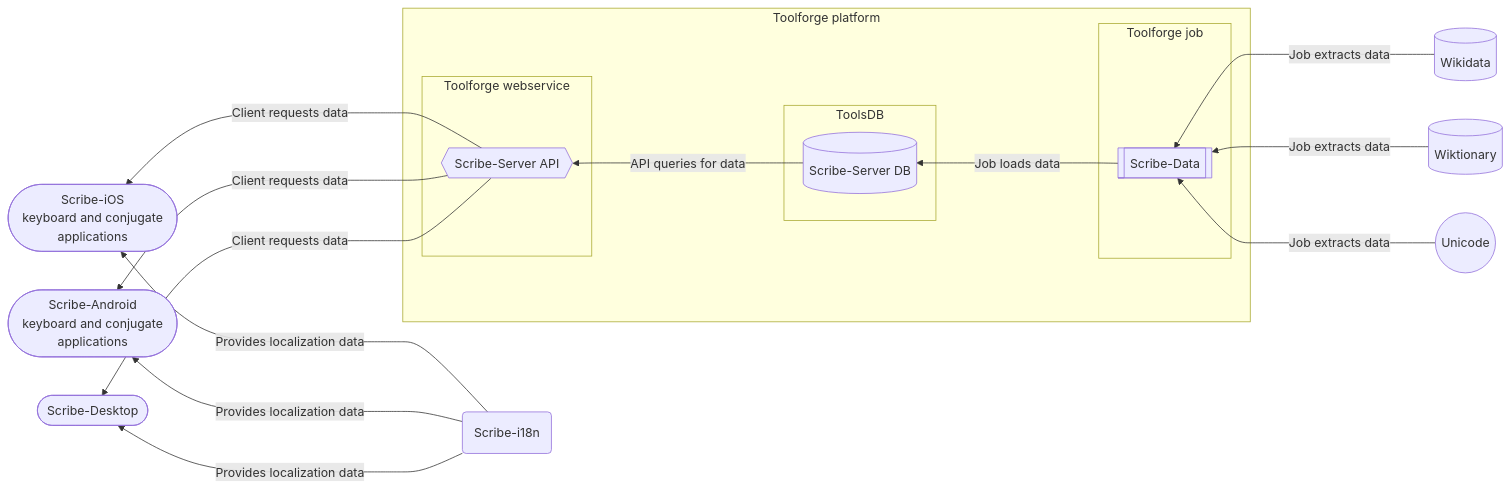
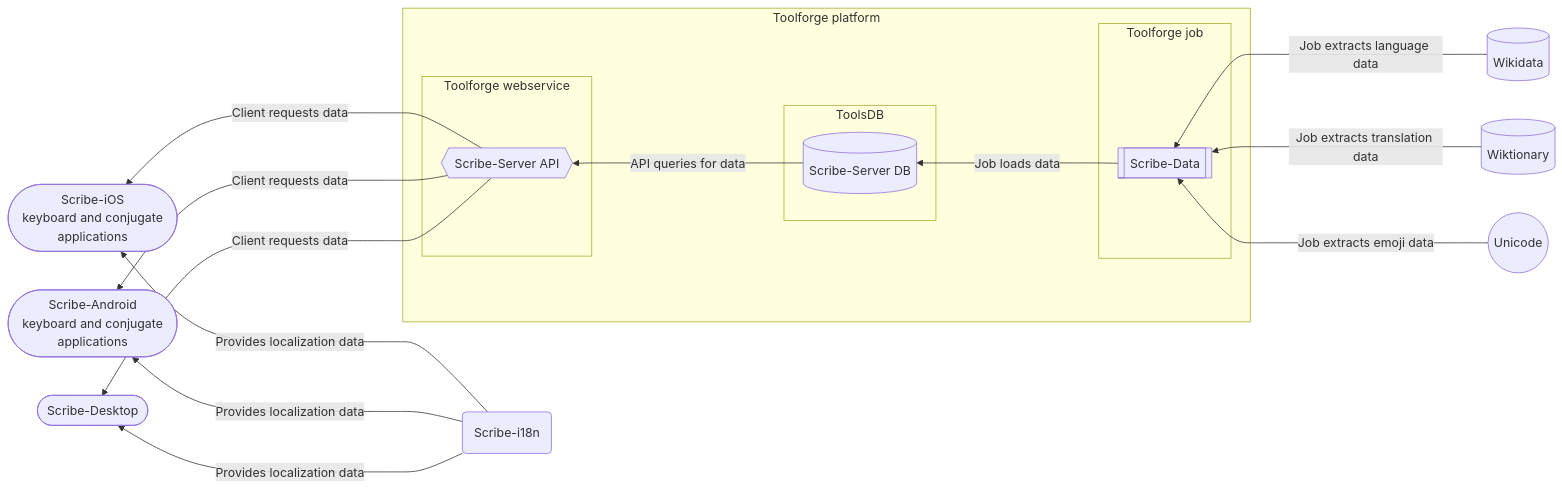
One commit to scribe-org/Organization changed the diagram in ARCHITECTURE.md. Above: the diagram before and after it, drawn with Mermaid. The commit also changed other lines of this file, not shown here.

Commit message:
Minor updates to architecture diagram labels

````diff
--- a/ARCHITECTURE.md
+++ b/ARCHITECTURE.md
@@ -12,40 +12,42 @@
 ```mermaid
 graph RL
     %% Scribe client applications
     IOS([Scribe-iOS\nkeyboard and conjugate\napplications])
     ADR([Scribe-Android\nkeyboard and conjugate\napplications])
     DSK([Scribe-Desktop])
 
     %% Client dependencies
     I18N(Scribe-i18n)
 
     %% Scribe data/service
     API{{Scribe-Server API}}
     DBS[(Scribe-Server DB)]
     DATA[[Scribe-Data]]
 
     %% Data sources
     WD[(Wikidata)]
     WKTN[(Wiktionary)]
     UNI((Unicode))
 
     %% Toolforge (WMCS)
     subgraph TFP [Toolforge platform]
         subgraph TFW [Toolforge webservice]
             API
         end
         subgraph TDB [ToolsDB]
             DBS
         end
         subgraph TFJ [Toolforge job]
             DATA
         end
     end
 
     %% DATA FLOW
     I18N --->|Provides localization data| IOS & ADR & DSK
     API --->|Client requests data| IOS & ADR & DSK
     DBS --->|API queries for data| API
     DATA --->|Job loads data| DBS
-    WD & WKTN & UNI --->|Job extracts data| DATA
+    WD --->|Job extracts language data| DATA
+    WKTN --->|Job extracts translation data| DATA
+    UNI --->|Job extracts emoji data| DATA
 ```
````
